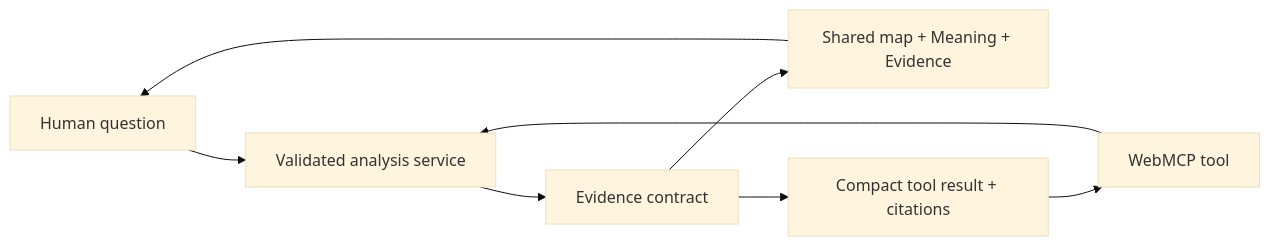
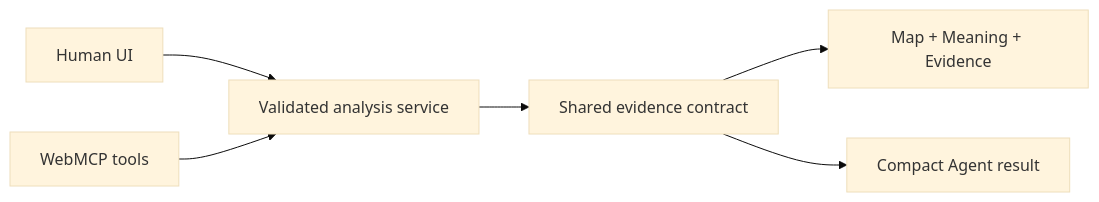
Before and after one commit to HuiYingChung/sky-to-porch-webmcp: the diagram in README.md, drawn with Mermaid (base theme). The commit also changed other lines of this file and 34 other files, not shown here.

````diff
--- a/README.md
+++ b/README.md
@@ -145,10 +106,8 @@
 ```mermaid
 flowchart LR
-  Human[Human question] --> Service[Validated analysis service]
-  Agent[WebMCP tool] --> Service
-  Service --> Contract[Evidence contract]
-  Contract --> UI[Shared map + Meaning + Evidence]
-  Contract --> Result[Compact tool result + citations]
-  UI --> Human
-  Result --> Agent
+  Human[Human UI] --> Service[Validated analysis service]
+  Agent[WebMCP tools] --> Service
+  Service --> Contract[Shared evidence contract]
+  Contract --> UI[Map + Meaning + Evidence]
+  Contract --> Summary[Compact Agent result]
 ```
````
